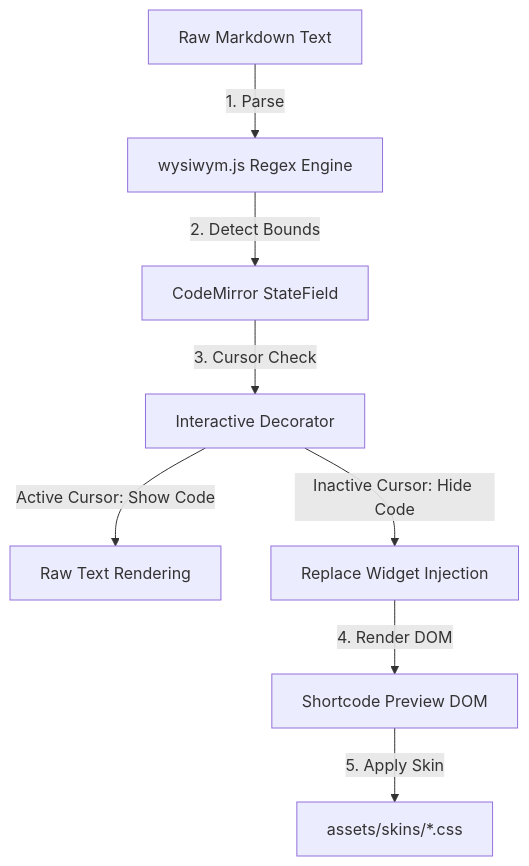
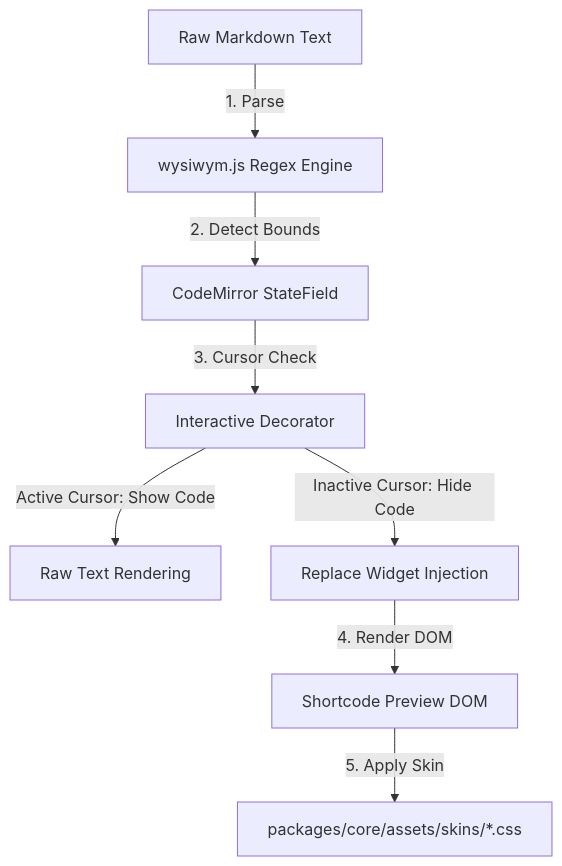
The diagram in docs/dev/shortcodes.md (slpstream/traven), drawn with Mermaid before and after one commit. The commit also changed other lines of this file and 6 other files, not shown here.

Commit message:
docs: update references to assets directory to point to packages/core/assets

````diff
--- a/docs/dev/shortcodes.md
+++ b/docs/dev/shortcodes.md
@@ -11,10 +11,10 @@
 ```mermaid
 graph TD
     Source[Raw Markdown Text] -->|1. Parse| RegExp[wysiwym.js Regex Engine]
     RegExp -->|2. Detect Bounds| StateField[CodeMirror StateField]
     StateField -->|3. Cursor Check| Decorator[Interactive Decorator]
     Decorator -->|Active Cursor: Show Code| Text[Raw Text Rendering]
     Decorator -->|Inactive Cursor: Hide Code| Widget[Replace Widget Injection]
     Widget -->|4. Render DOM| DOM[Shortcode Preview DOM]
-    DOM -->|5. Apply Skin| CSS[assets/skins/*.css]
+    DOM -->|5. Apply Skin| CSS[packages/core/assets/skins/*.css]
 ```
````
